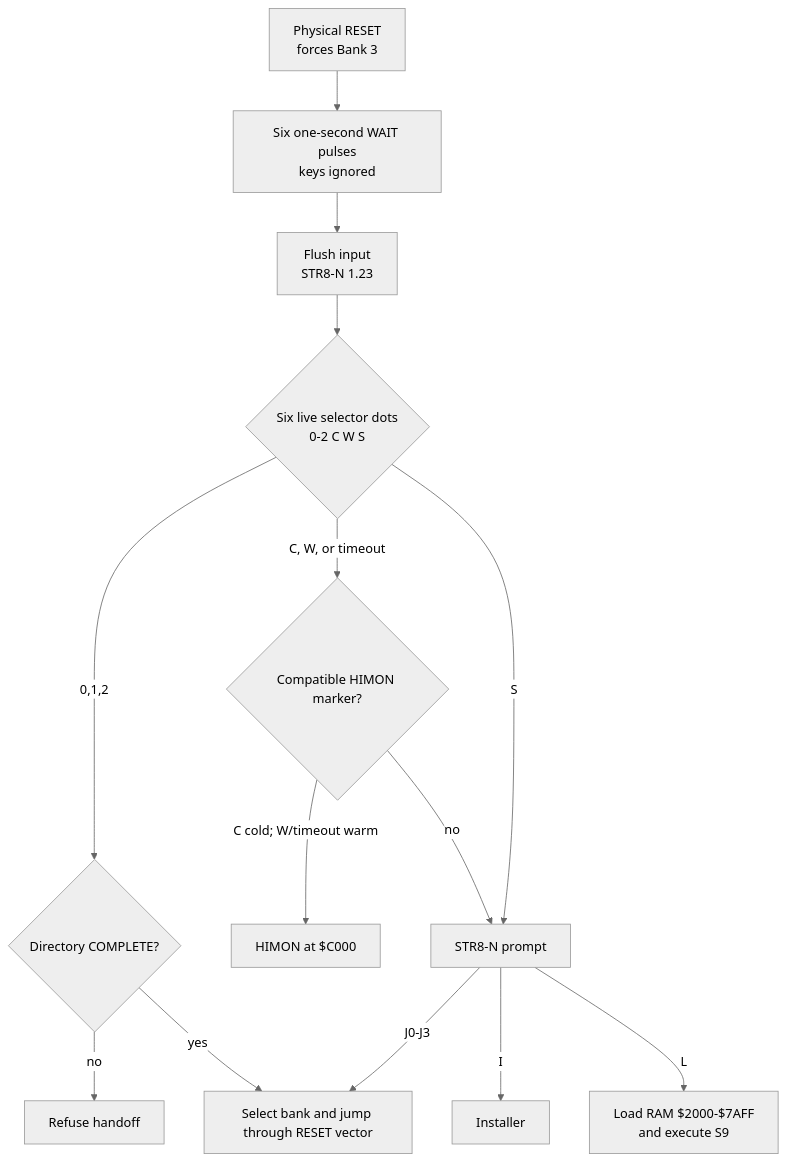
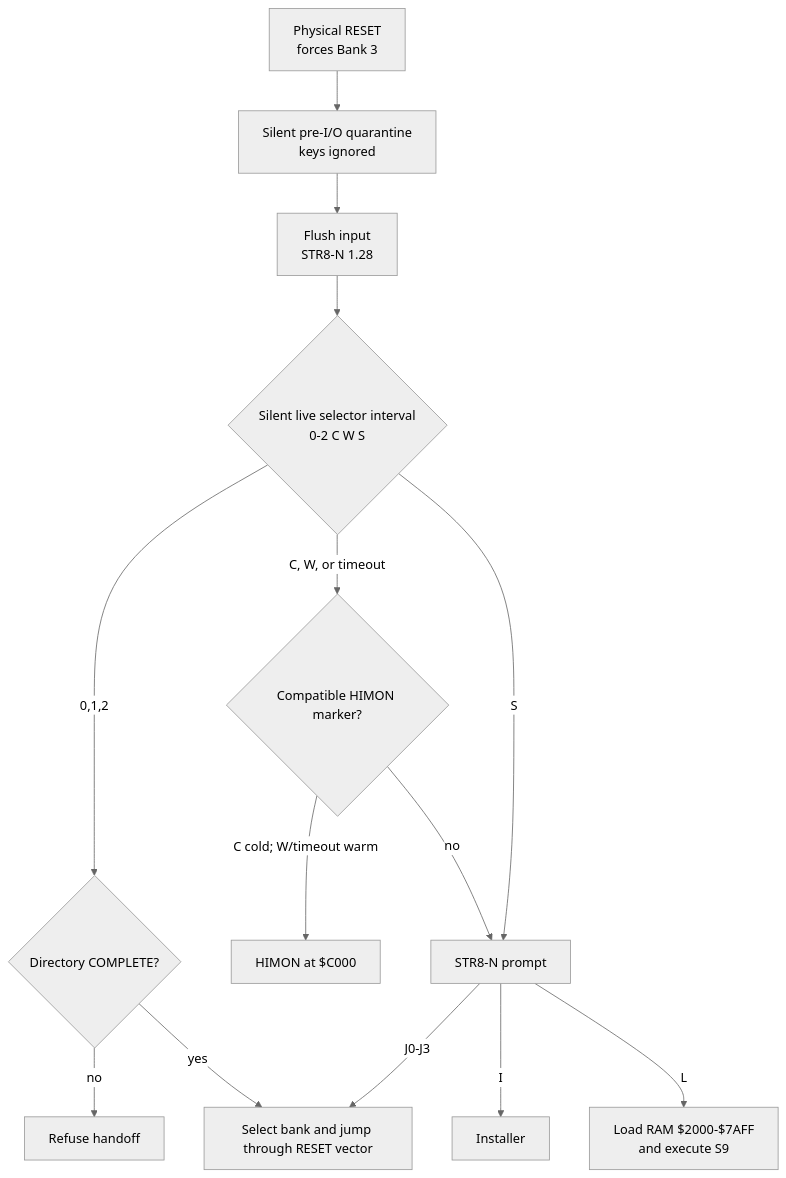
One commit to 95westus/STR8-N changed the fourth of 14 diagrams in docs/MAPS.md. Above: the diagram before and after it, drawn with Mermaid (neutral theme). The commit also changed other lines of this file and 5 other files, not shown here.

````diff
--- a/docs/MAPS.md
+++ b/docs/MAPS.md
@@ -86,16 +89,16 @@
 ```mermaid
 flowchart TD
-    R[Physical RESET<br/>forces Bank 3] --> A[Six one-second WAIT pulses<br/>keys ignored]
-    A --> P[Flush input<br/>STR8-N 1.23]
-    P --> Q{Six live selector dots<br/>0-2 C W S}
+    R[Physical RESET<br/>forces Bank 3] --> A[Silent pre-I/O quarantine<br/>keys ignored]
+    A --> P[Flush input<br/>STR8-N 1.28]
+    P --> Q{Silent live selector interval<br/>0-2 C W S}
     Q -->|0,1,2| C{Directory COMPLETE?}
     C -->|no| F[Refuse handoff]
     C -->|yes| J[Select bank and jump through RESET vector]
     Q -->|C, W, or timeout| M{Compatible HIMON marker?}
     M -->|C cold; W/timeout warm| H[HIMON at $C000]
     M -->|no| S[STR8-N prompt]
     Q -->|S| S
     S -->|J0-J3| J
     S -->|I| I[Installer]
     S -->|L| L[Load RAM $2000-$7AFF<br/>and execute S9]
 ```
````
